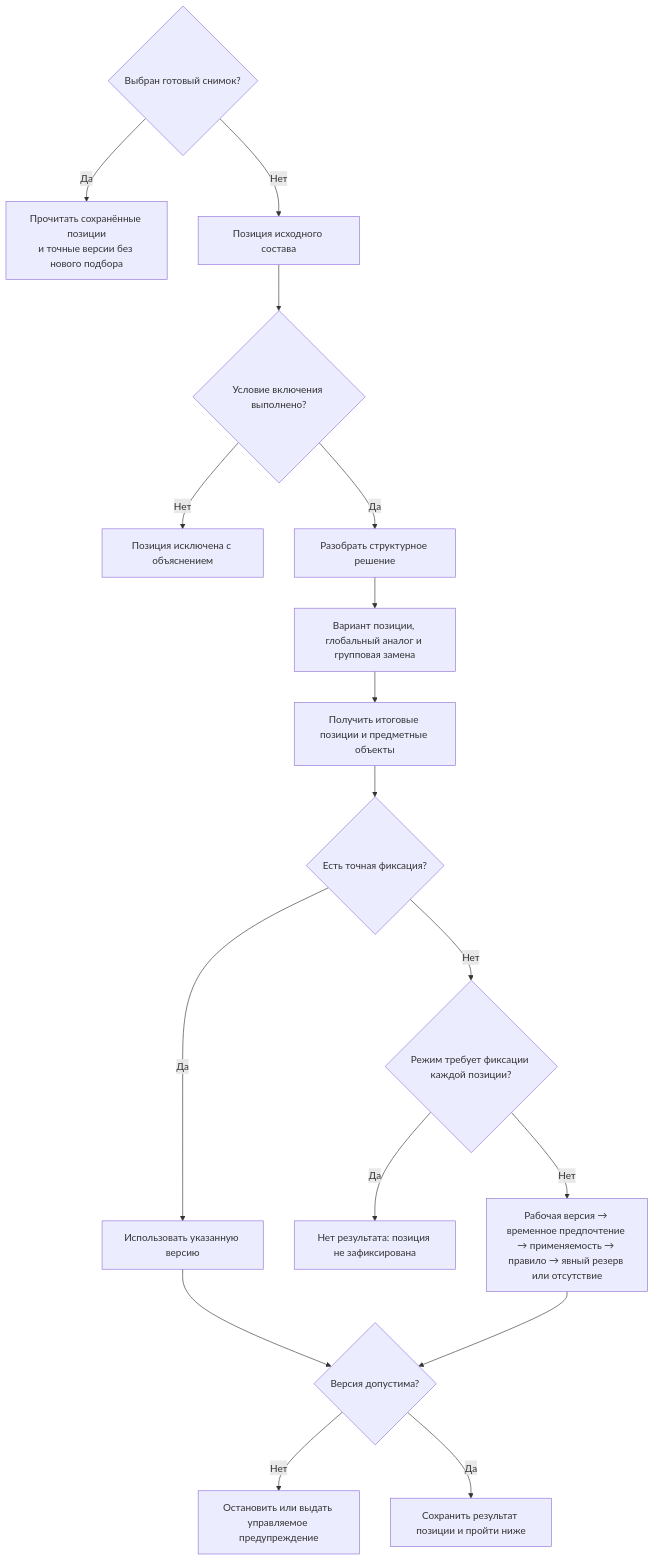
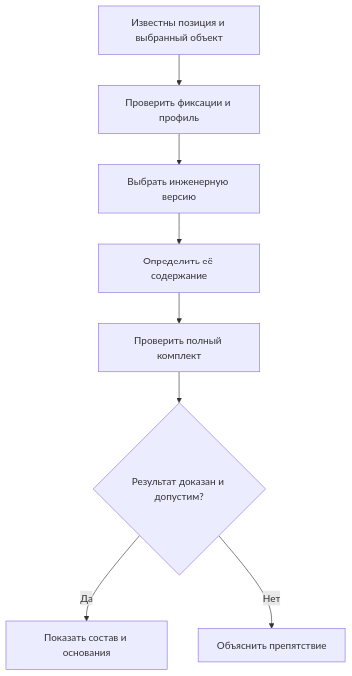
The second of 2 diagrams in wiki/Selection-user-work.md (ZelAnton/Interlink-product-book), drawn with Mermaid before and after one commit. The commit also changed other lines of this file and 231 other files, not shown here.

````diff
--- a/wiki/Selection-user-work.md
+++ b/wiki/Selection-user-work.md
@@ -126,19 +82,10 @@
 ```mermaid
 flowchart TD
-    R{"Выбран готовый снимок?"} -->|"Да"| S["Прочитать сохранённые позиции<br/>и точные версии без нового подбора"]
-    R -->|"Нет"| A["Позиция исходного состава"]
-    A --> B{"Условие включения выполнено?"}
-    B -->|"Нет"| X["Позиция исключена с объяснением"]
-    B -->|"Да"| C["Разобрать структурное решение"]
-    C --> D["Вариант позиции, глобальный аналог и групповая замена"]
-    D --> K["Получить итоговые позиции и предметные объекты"]
-    K --> L{"Есть точная фиксация?"}
-    L -->|"Да"| P["Использовать указанную версию"]
-    L -->|"Нет"| Q{"Режим требует фиксации каждой позиции?"}
-    Q -->|"Да"| Z["Нет результата: позиция не зафиксирована"]
-    Q -->|"Нет"| R1["Рабочая версия → временное предпочтение → применяемость → правило → явный резерв или отсутствие"]
-    P --> M{"Версия допустима?"}
-    R1 --> M
-    M -->|"Нет"| N["Остановить или выдать управляемое предупреждение"]
-    M -->|"Да"| O["Сохранить результат позиции и пройти ниже"]
+    A["Известны позиция и выбранный объект"] --> B["Проверить фиксации и профиль"]
+    B --> C["Выбрать инженерную версию"]
+    C --> D["Определить её содержание"]
+    D --> E["Проверить полный комплект"]
+    E --> F{"Результат доказан и допустим?"}
+    F -->|"Да"| G["Показать состав и основания"]
+    F -->|"Нет"| H["Объяснить препятствие"]
 ```
````
